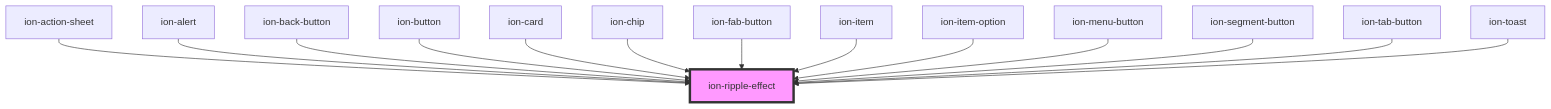
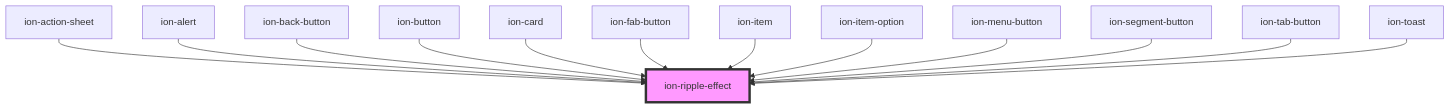
The diagram in core/src/components/ripple-effect/readme.md (ionic-team/ionic-framework), drawn with Mermaid before and after one commit. The commit also changed other lines of this file and 676 other files, not shown here.

````diff
--- a/core/src/components/ripple-effect/readme.md
+++ b/core/src/components/ripple-effect/readme.md
@@ -227,17 +226,16 @@
 ```mermaid
 graph TD;
   ion-action-sheet --> ion-ripple-effect
   ion-alert --> ion-ripple-effect
   ion-back-button --> ion-ripple-effect
   ion-button --> ion-ripple-effect
   ion-card --> ion-ripple-effect
-  ion-chip --> ion-ripple-effect
   ion-fab-button --> ion-ripple-effect
   ion-item --> ion-ripple-effect
   ion-item-option --> ion-ripple-effect
   ion-menu-button --> ion-ripple-effect
   ion-segment-button --> ion-ripple-effect
   ion-tab-button --> ion-ripple-effect
   ion-toast --> ion-ripple-effect
   style ion-ripple-effect fill:#f9f,stroke:#333,stroke-width:4px
 ```
````
